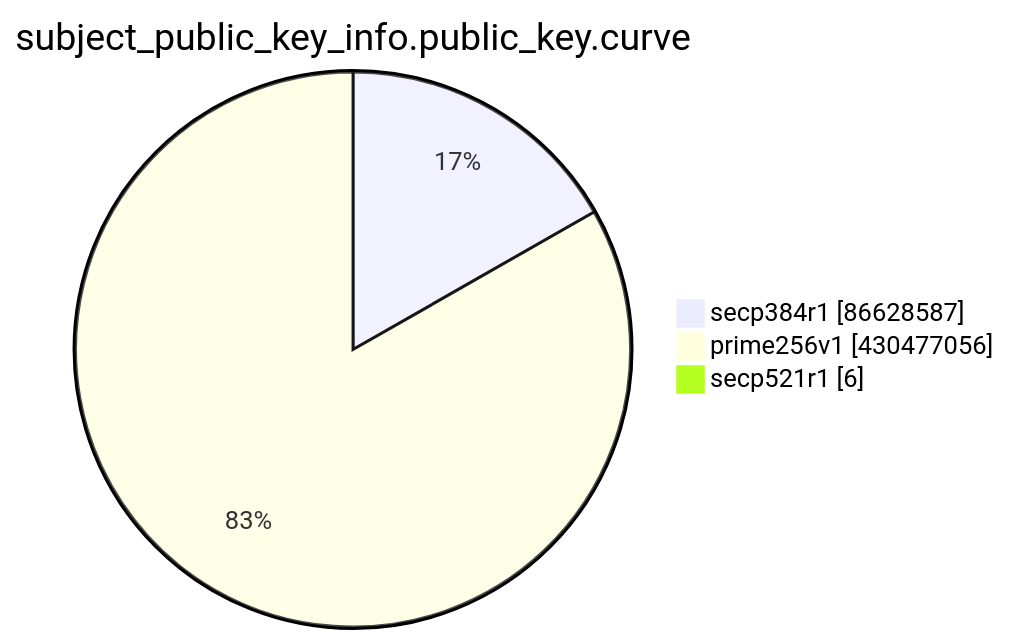
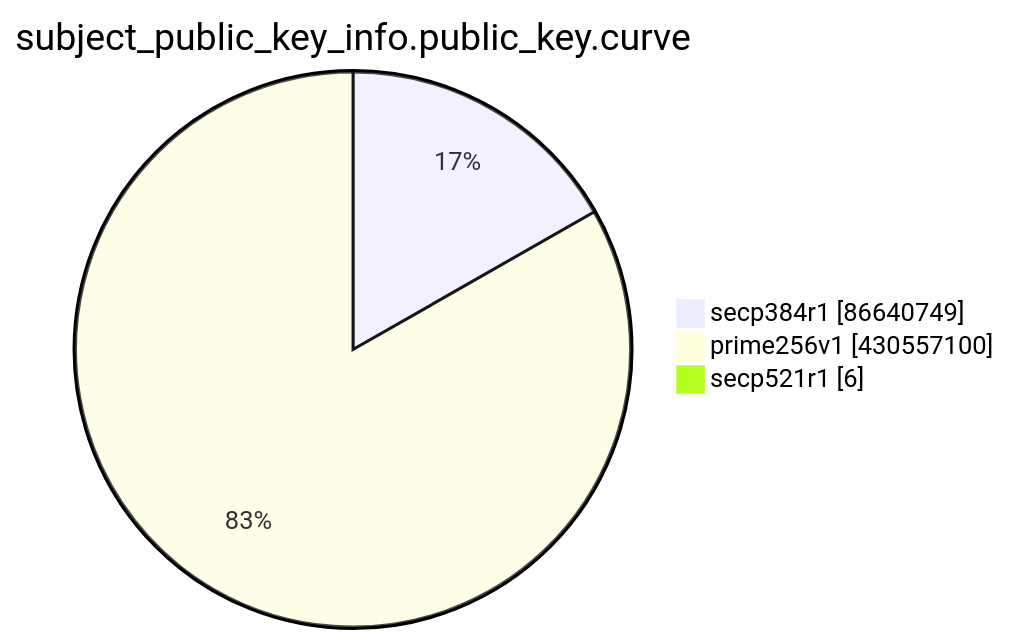
One commit to christiankrug/ctmonitor_visualization changed the eighth of 15 diagrams in TOTAL/README.md. Above: the diagram before and after it, drawn with Mermaid. The commit also changed other lines of this file, not shown here.

````diff
--- a/TOTAL/README.md
+++ b/TOTAL/README.md
@@ -3100,7 +3100,7 @@
 ```mermaid
 pie showData
 title subject_public_key_info.public_key.curve
-"secp384r1" :86628587
-"prime256v1" :430477056
+"secp384r1" :86640749
+"prime256v1" :430557100
 "secp521r1" :6
 ```
````
